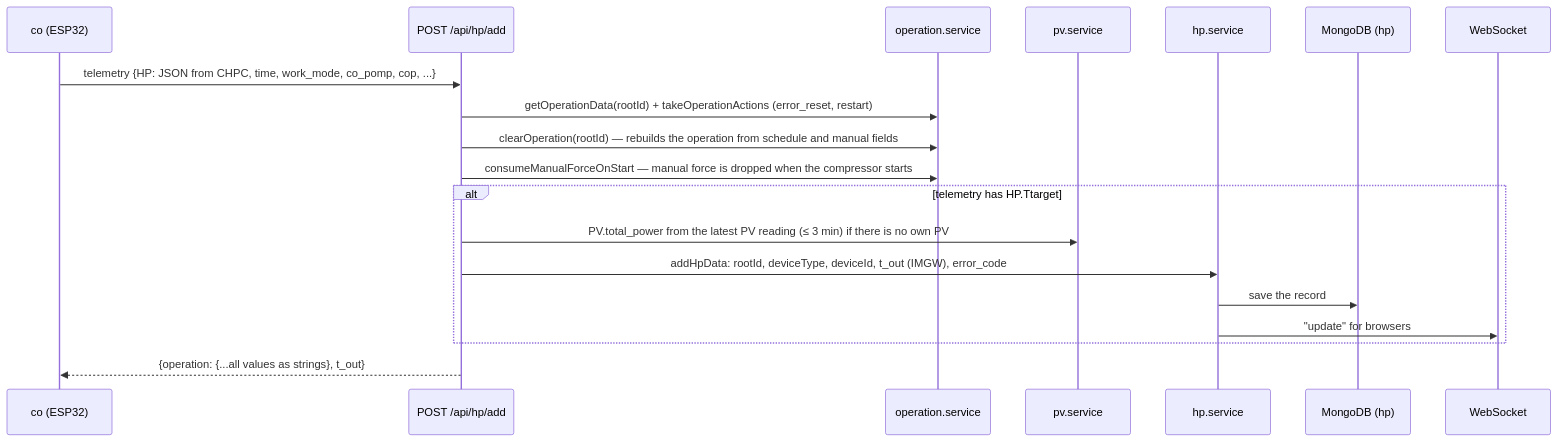
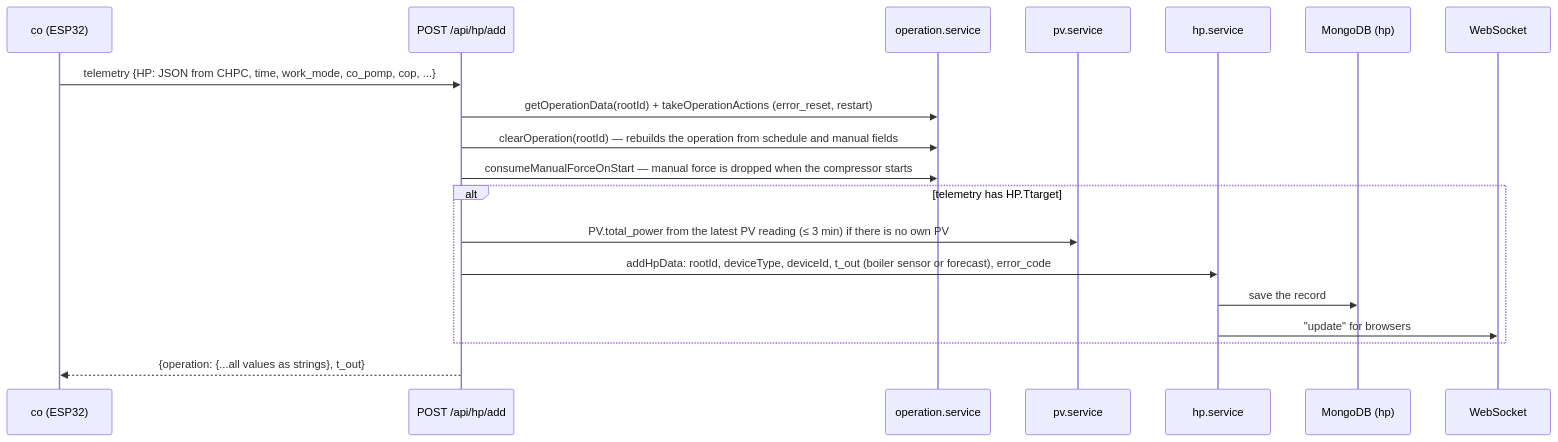
Before and after one commit to robertorlowski/my-home: the second of 5 diagrams in docs/en/moduly/heat-pump/2-how-it-works.md, drawn with Mermaid. The commit also changed 14 other files, not shown here.

````diff
--- a/docs/en/moduly/heat-pump/2-how-it-works.md
+++ b/docs/en/moduly/heat-pump/2-how-it-works.md
@@ -27,21 +27,21 @@
 ```mermaid
 sequenceDiagram
     participant CO as co (ESP32)
     participant H as POST /api/hp/add
     participant O as operation.service
     participant P as pv.service
     participant S as hp.service
     participant M as MongoDB (hp)
     participant WS as WebSocket
     CO->>H: telemetry {HP: JSON from CHPC, time, work_mode, co_pomp, cop, ...}
     H->>O: getOperationData(rootId) + takeOperationActions (error_reset, restart)
     H->>O: clearOperation(rootId) — rebuilds the operation from schedule and manual fields
     H->>O: consumeManualForceOnStart — manual force is dropped when the compressor starts
     alt telemetry has HP.Ttarget
         H->>P: PV.total_power from the latest PV reading (≤ 3 min) if there is no own PV
-        H->>S: addHpData: rootId, deviceType, deviceId, t_out (IMGW), error_code
+        H->>S: addHpData: rootId, deviceType, deviceId, t_out (boiler sensor or forecast), error_code
         S->>M: save the record
         S->>WS: "update" for browsers
     end
     H-->>CO: {operation: {...all values as strings}, t_out}
 ```
````
